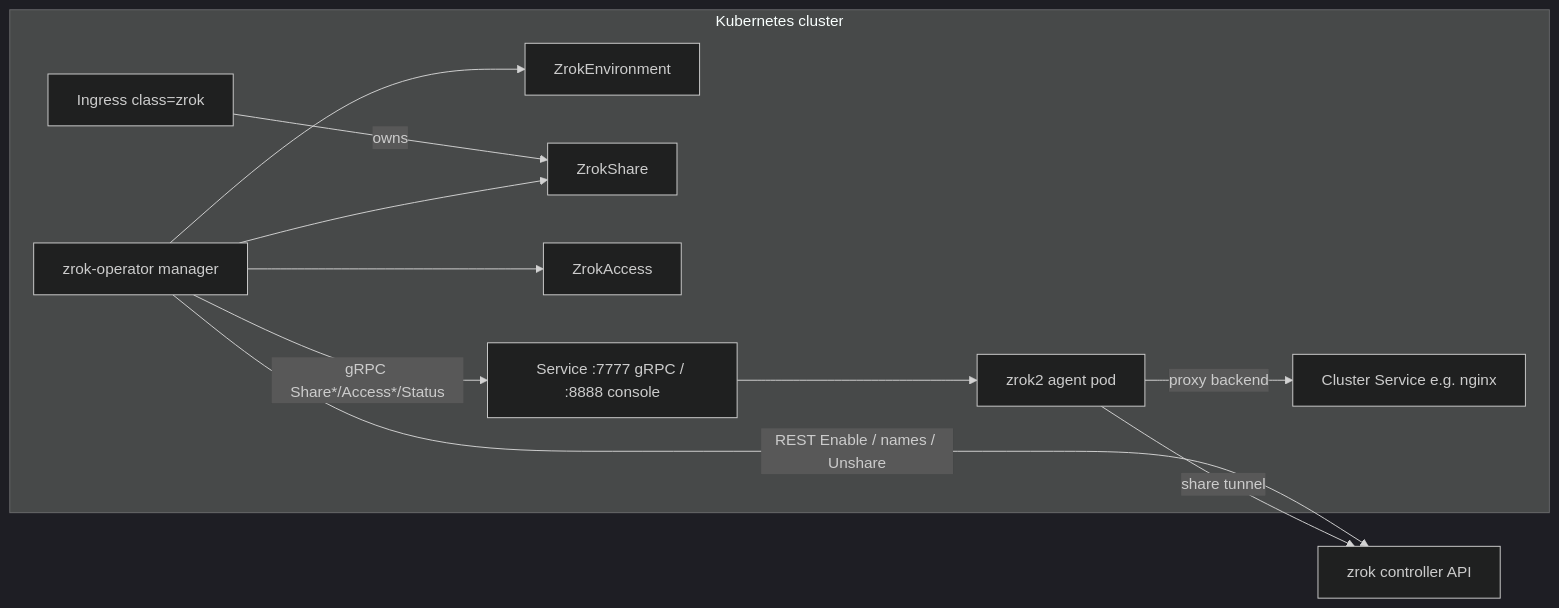
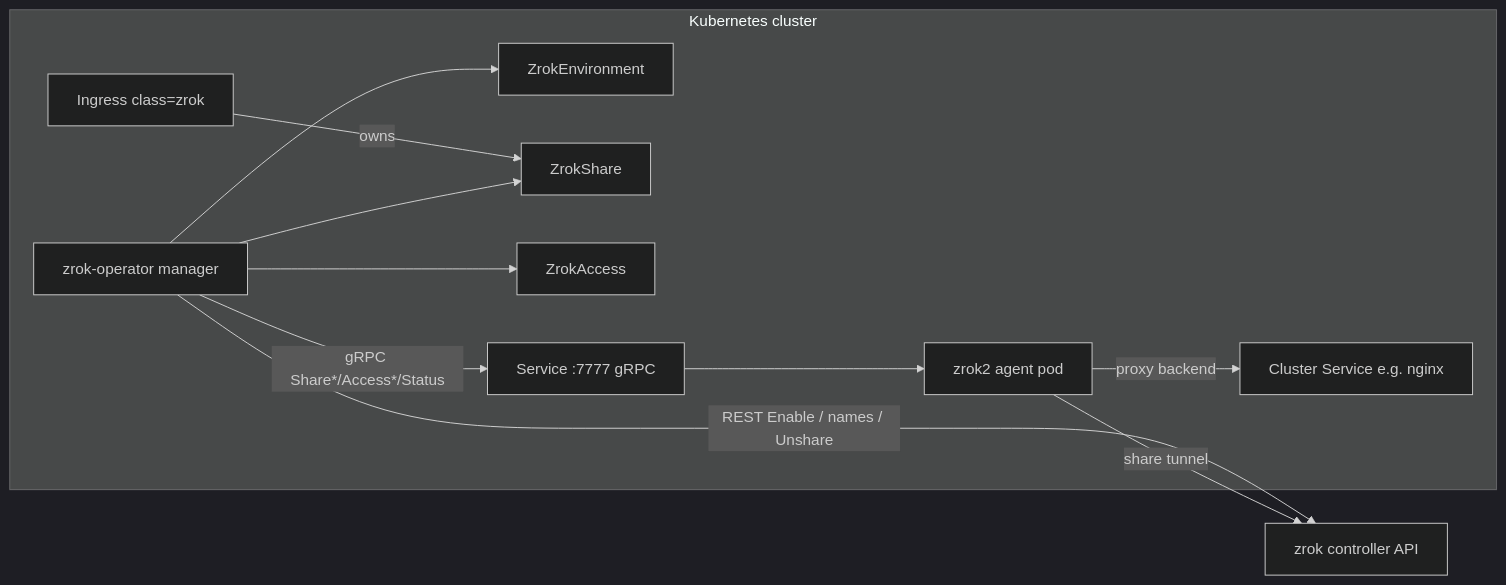
One commit to vulkoingim/zrok-operator changed the first of 2 diagrams in .memory-bank/architecture.md. Above: the diagram before and after it, drawn with Mermaid (dark theme). The commit also changed other lines of this file and 39 other files, not shown here.

````diff
--- a/.memory-bank/architecture.md
+++ b/.memory-bank/architecture.md
@@ -9,24 +9,24 @@
 ```mermaid
 flowchart LR
   subgraph cluster [Kubernetes cluster]
     mgr[zrok-operator manager]
     crEnv[ZrokEnvironment]
     crShare[ZrokShare]
     crAccess[ZrokAccess]
     crIng[Ingress class=zrok]
     agent[zrok2 agent pod]
-    svc[Service :7777 gRPC / :8888 console]
+    svc[Service :7777 gRPC]
     upstream[Cluster Service e.g. nginx]
   end
   zrokAPI[zrok controller API]
 
   crIng -->|owns| crShare
   mgr --> crEnv
   mgr --> crShare
   mgr --> crAccess
   mgr -->|REST Enable / names / Unshare| zrokAPI
   mgr -->|gRPC Share*/Access*/Status| svc
   svc --> agent
   agent -->|proxy backend| upstream
   agent -->|share tunnel| zrokAPI
 ```
````
